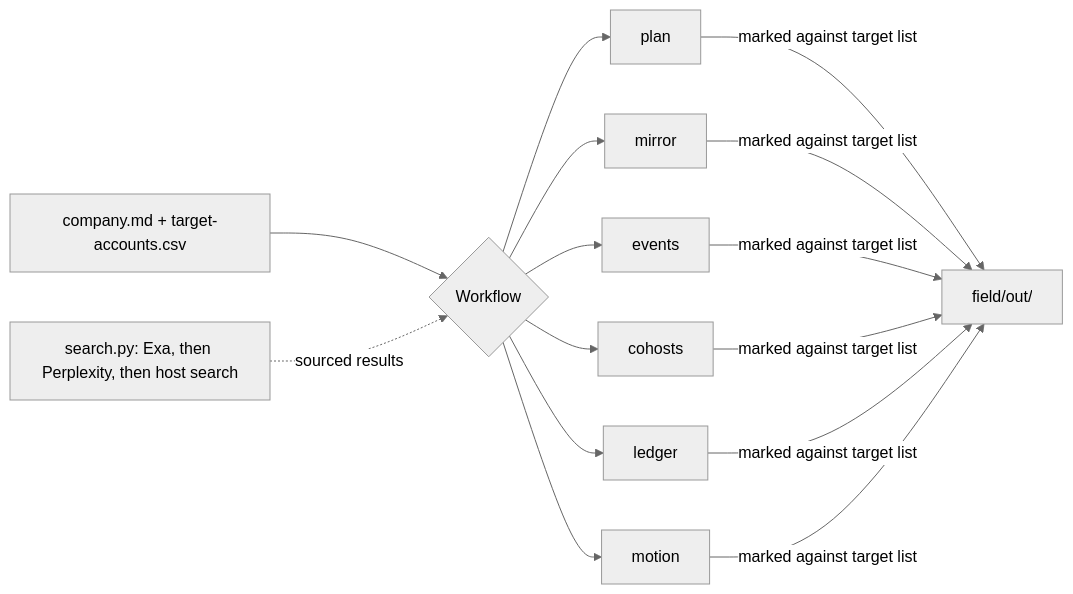
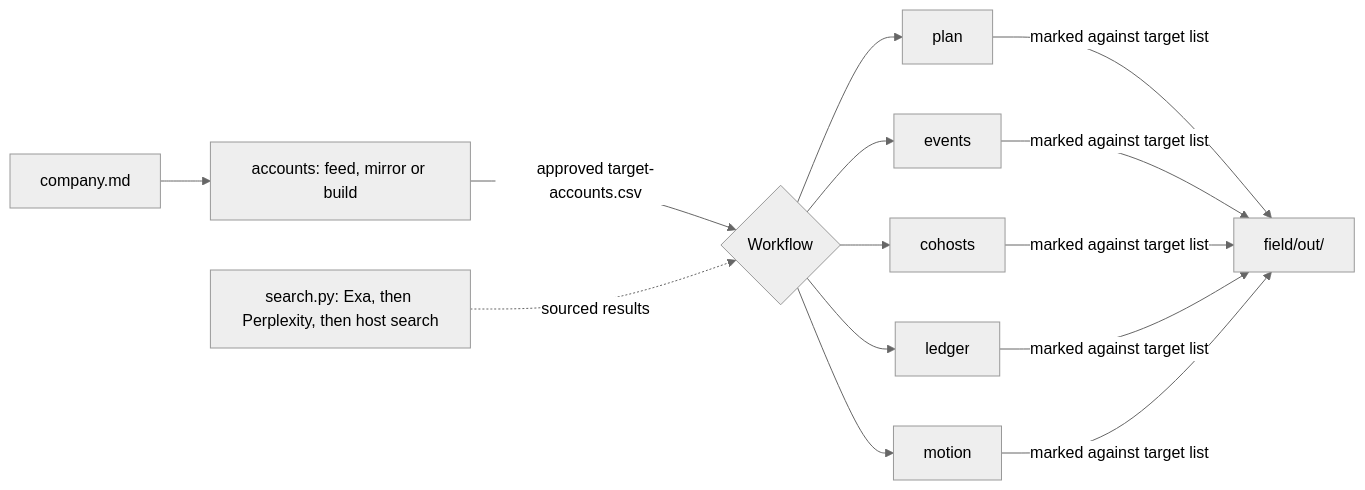
Before and after one commit to b1rdmania/field-kit: the diagram in README.md, drawn with Mermaid (neutral theme). The commit also changed other lines of this file and 6 other files, not shown here.

First line of the commit message:
Add accounts workflow: feed, mirror or build the target list

````diff
--- a/README.md
+++ b/README.md
@@ -7,12 +7,12 @@
 ```mermaid
 flowchart LR
-    A[company.md + target-accounts.csv] --> B{Workflow}
+    I[company.md] --> A[accounts: feed, mirror or build]
+    A -- approved target-accounts.csv --> B{Workflow}
     B --> C[plan]
-    B --> D[mirror]
     B --> E[events]
     B --> F[cohosts]
     B --> G[ledger]
     B --> H[motion]
     S[search.py: Exa, then Perplexity, then host search] -. sourced results .-> B
-    C & D & E & F & G & H -- marked against target list --> O[field/out/]
+    C & E & F & G & H -- marked against target list --> O[field/out/]
 ```
````
